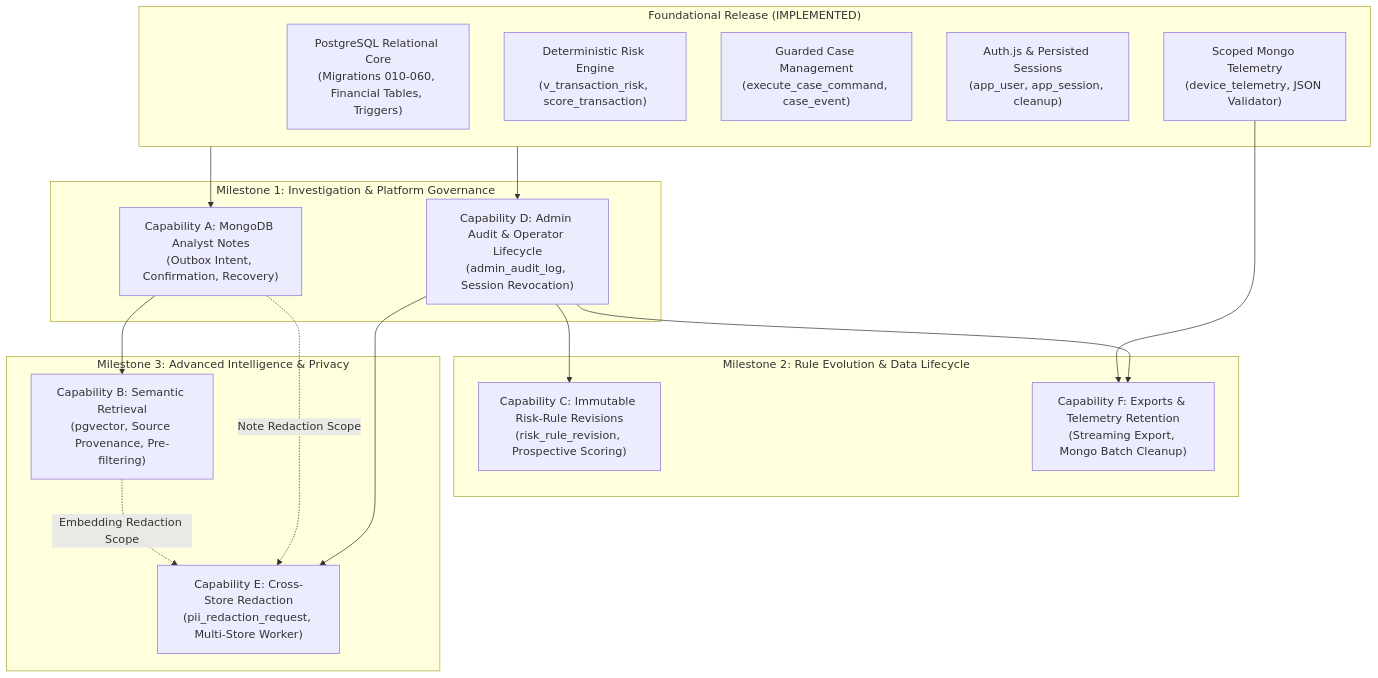
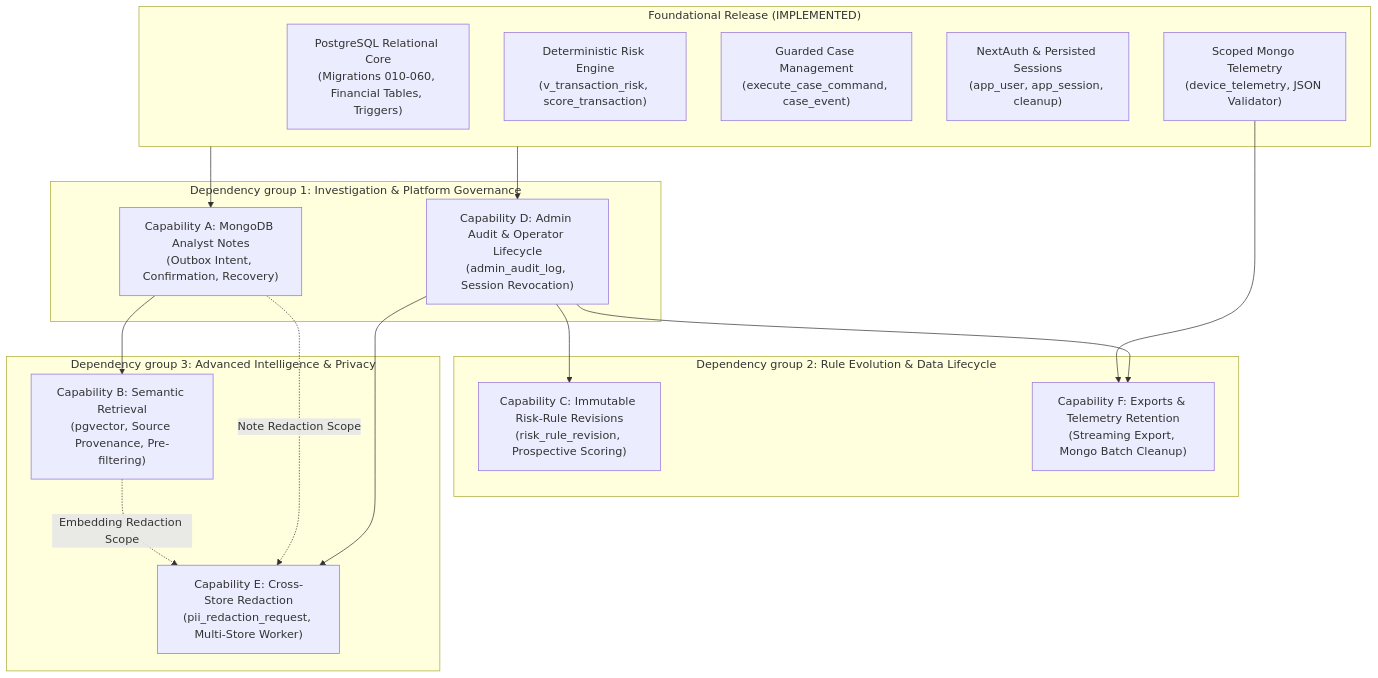
The diagram in docs/advanced-follow-up-handoffs.md (KadakWNL/finsight), drawn with Mermaid before and after one commit. The commit also changed other lines of this file, not shown here.

````diff
--- a/docs/advanced-follow-up-handoffs.md
+++ b/docs/advanced-follow-up-handoffs.md
@@ -51,35 +51,35 @@
 ```mermaid
 flowchart TD
     subgraph Foundation["Foundational Release (IMPLEMENTED)"]
         F1["PostgreSQL Relational Core\n(Migrations 010-060, Financial Tables, Triggers)"]
         F2["Deterministic Risk Engine\n(v_transaction_risk, score_transaction)"]
         F3["Guarded Case Management\n(execute_case_command, case_event)"]
-        F4["Auth.js & Persisted Sessions\n(app_user, app_session, cleanup)"]
+        F4["NextAuth & Persisted Sessions\n(app_user, app_session, cleanup)"]
         F5["Scoped Mongo Telemetry\n(device_telemetry, JSON Validator)"]
     end
 
-    subgraph Milestone1["Milestone 1: Investigation & Platform Governance"]
+    subgraph Dependency group1["Dependency group 1: Investigation & Platform Governance"]
         CapA["Capability A: MongoDB Analyst Notes\n(Outbox Intent, Confirmation, Recovery)"]
         CapD["Capability D: Admin Audit & Operator Lifecycle\n(admin_audit_log, Session Revocation)"]
     end
 
-    subgraph Milestone2["Milestone 2: Rule Evolution & Data Lifecycle"]
+    subgraph Dependency group2["Dependency group 2: Rule Evolution & Data Lifecycle"]
         CapC["Capability C: Immutable Risk-Rule Revisions\n(risk_rule_revision, Prospective Scoring)"]
         CapF["Capability F: Exports & Telemetry Retention\n(Streaming Export, Mongo Batch Cleanup)"]
     end
 
-    subgraph Milestone3["Milestone 3: Advanced Intelligence & Privacy"]
+    subgraph Dependency group3["Dependency group 3: Advanced Intelligence & Privacy"]
         CapB["Capability B: Semantic Retrieval\n(pgvector, Source Provenance, Pre-filtering)"]
         CapE["Capability E: Cross-Store Redaction\n(pii_redaction_request, Multi-Store Worker)"]
     end
 
     Foundation --> CapA
     Foundation --> CapD
     CapD --> CapC
     CapD --> CapF
     CapA --> CapB
     CapD --> CapE
     F5 --> CapF
     CapA -.->|"Note Redaction Scope"| CapE
     CapB -.->|"Embedding Redaction Scope"| CapE
 ```
````
